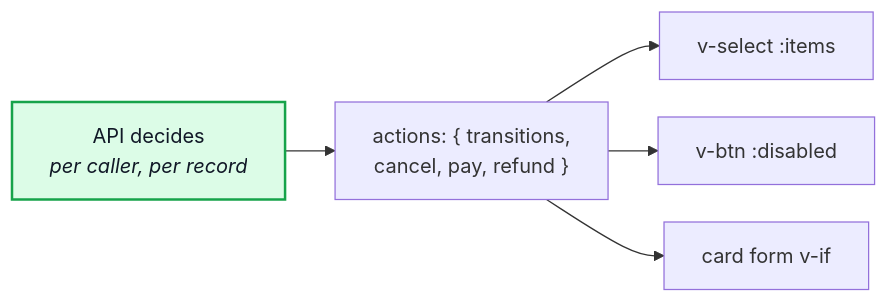
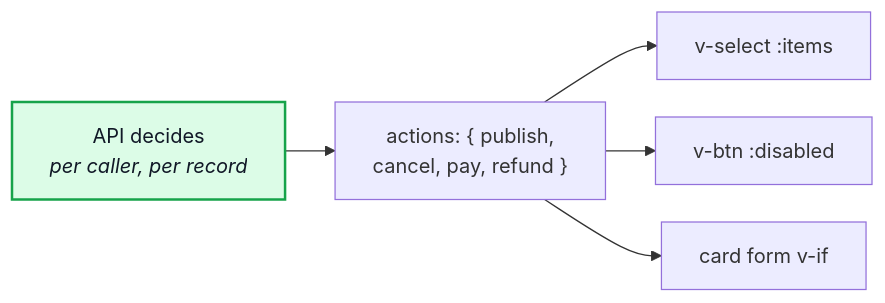
One commit to Guebbit/boilerplate-vue-frontend changed the diagram in docs/theory/strategic-ddd.md. Above: the diagram before and after it, drawn with Mermaid. The commit also changed 26 other files, not shown here.

First line of the commit message:
feat(example)!: one button per lifecycle event, from the new publish/archive/unarchive doors

````diff
--- a/docs/theory/strategic-ddd.md
+++ b/docs/theory/strategic-ddd.md
@@ -172,11 +172,11 @@
 ```mermaid
 %%{init: {'flowchart': {'nodeSpacing': 30, 'rankSpacing': 40}}}%%
 flowchart LR
-    API["API decides<br/><i>per caller, per record</i>"] --> A["actions: { transitions,<br/>cancel, pay, refund }"]
+    API["API decides<br/><i>per caller, per record</i>"] --> A["actions: { publish,<br/>cancel, pay, refund }"]
     A --> D["v-select :items"]
     A --> B["v-btn :disabled"]
     A --> F["card form v-if"]
 
     classDef src fill:#dcfce7,stroke:#16a34a,color:#111827,stroke-width:2px;
     class API src;
 ```
````
